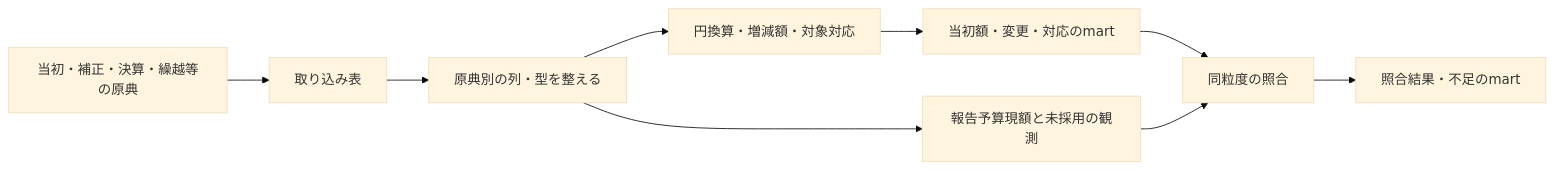
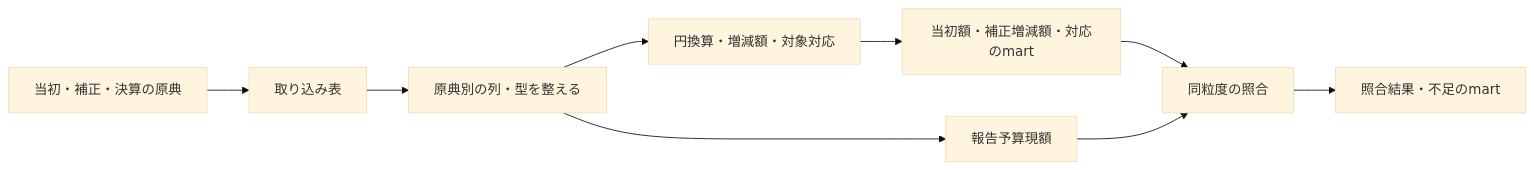
Before and after one commit to wwwyo/fudoki: the diagram in docs/prd/fiscal-budget-history/design-doc.md, drawn with Mermaid (base theme). The commit also changed other lines of this file and 2 other files, not shown here.

````diff
--- a/docs/prd/fiscal-budget-history/design-doc.md
+++ b/docs/prd/fiscal-budget-history/design-doc.md
@@ -18,11 +18,11 @@
 ```mermaid
 flowchart LR
-    origin[当初・補正・決算・繰越等の原典] --> raw[取り込み表]
+    origin[当初・補正・決算の原典] --> raw[取り込み表]
     raw --> staging[原典別の列・型を整える]
     staging --> middle[円換算・増減額・対象対応]
-    middle --> marts[当初額・変更・対応のmart]
-    staging --> reported[報告予算現額と未採用の観測]
+    middle --> marts[当初額・補正増減額・対応のmart]
+    staging --> reported[報告予算現額]
     marts --> check[同粒度の照合]
     reported --> check
     check --> result[照合結果・不足のmart]
 ```
````
